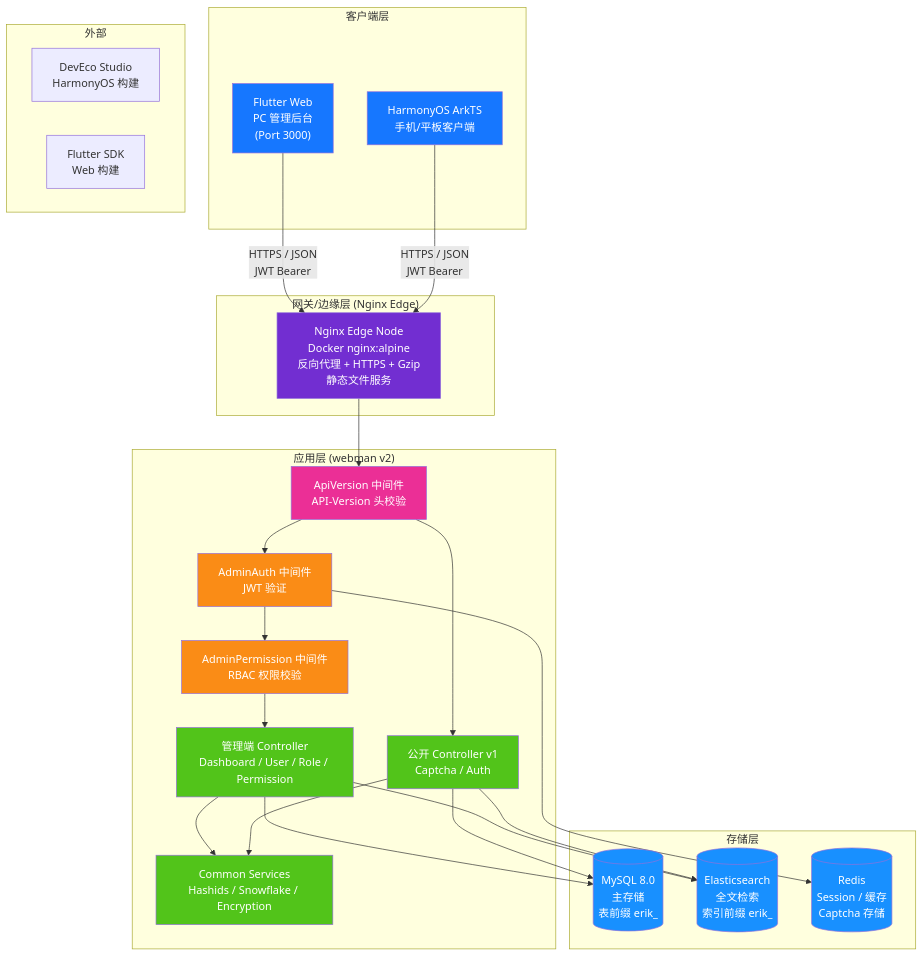
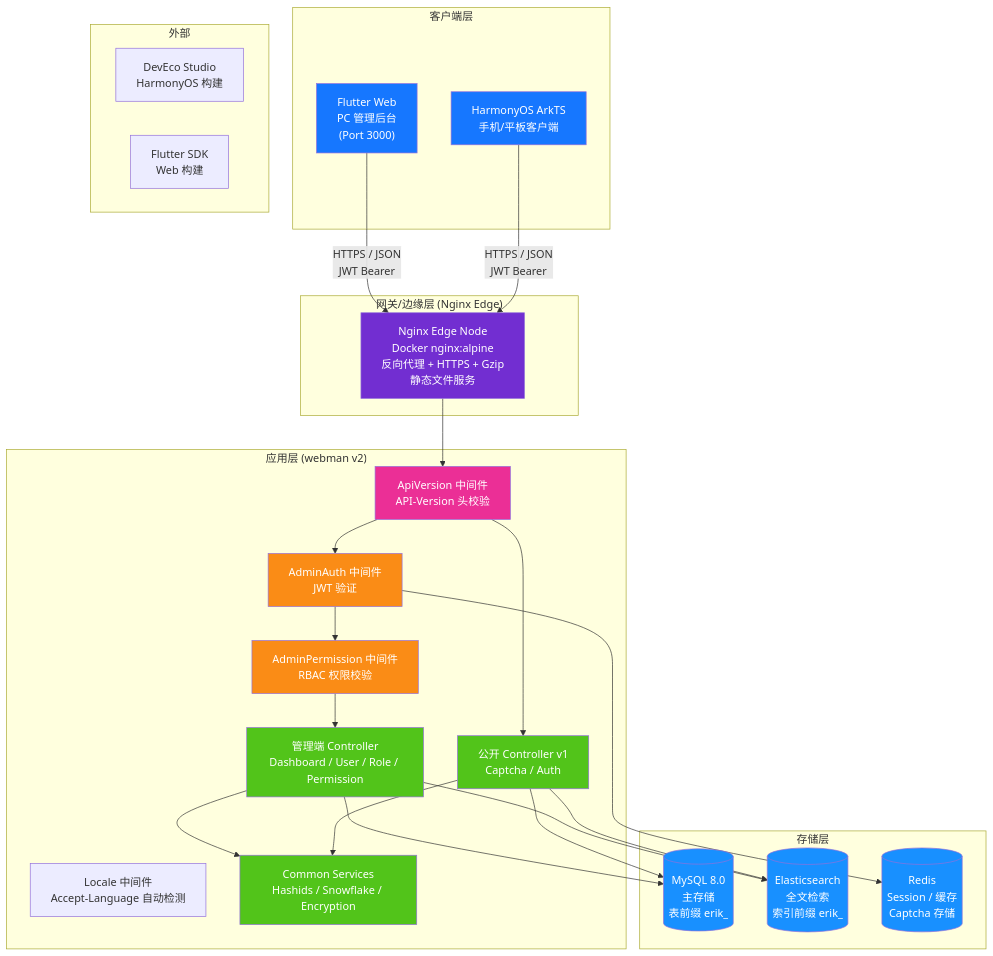
One commit to erikwang2013/erp-php changed the first of 20 diagrams in docs/ARCHITECTURE.md. Above: the diagram before and after it, drawn with Mermaid. The commit also changed other lines of this file and 6 other files, not shown here.

Commit message:
docs: update for i18n support — Accept-Language auto-detection, zh_CN/en translations

````diff
--- a/docs/ARCHITECTURE.md
+++ b/docs/ARCHITECTURE.md
@@ -11,59 +11,60 @@
 ```mermaid
 flowchart TB
     subgraph "客户端层"
         A1["Flutter Web<br/>PC 管理后台<br/>(Port 3000)"]
         A2["HarmonyOS ArkTS<br/>手机/平板客户端"]
     end
 
     subgraph "网关/边缘层 (Nginx Edge)"
         B1["Nginx Edge Node<br/>Docker nginx:alpine<br/>反向代理 + HTTPS + Gzip<br/>静态文件服务"]
     end
 
     subgraph "应用层 (webman v2)"
+        C_LOC["Locale 中间件<br/>Accept-Language 自动检测"]
         C0["ApiVersion 中间件<br/>API-Version 头校验"]
         C1["AdminAuth 中间件<br/>JWT 验证"]
         C2["AdminPermission 中间件<br/>RBAC 权限校验"]
         C3["管理端 Controller<br/>Dashboard / User / Role / Permission"]
         C4["公开 Controller v1<br/>Captcha / Auth"]
         C5["Common Services<br/>Hashids / Snowflake / Encryption"]
     end
 
     subgraph "存储层"
         D1[("MySQL 8.0<br/>主存储<br/>表前缀 erik_")]
         D2[("Elasticsearch<br/>全文检索<br/>索引前缀 erik_")]
         D3[("Redis<br/>Session / 缓存<br/>Captcha 存储")]
     end
 
     subgraph "外部"
         E1["DevEco Studio<br/>HarmonyOS 构建"]
         E2["Flutter SDK<br/>Web 构建"]
     end
 
     A1 -->|"HTTPS / JSON<br/>JWT Bearer"| B1
     A2 -->|"HTTPS / JSON<br/>JWT Bearer"| B1
     B1 --> C0
     C0 --> C1
     C1 --> C2
     C2 --> C3
     C0 --> C4
     C3 --> C5
     C4 --> C5
     C3 --> D1
     C4 --> D1
     C3 --> D2
     C4 --> D2
     C1 --> D3
 
     style A1 fill:#1677FF,color:#fff
     style A2 fill:#1677FF,color:#fff
     style B1 fill:#722ED1,color:#fff
     style C0 fill:#EB2F96,color:#fff
     style C1 fill:#FA8C16,color:#fff
     style C2 fill:#FA8C16,color:#fff
     style C3 fill:#52C41A,color:#fff
     style C4 fill:#52C41A,color:#fff
     style C5 fill:#52C41A,color:#fff
     style D1 fill:#1890FF,color:#fff
     style D2 fill:#1890FF,color:#fff
     style D3 fill:#1890FF,color:#fff
 ```
````
